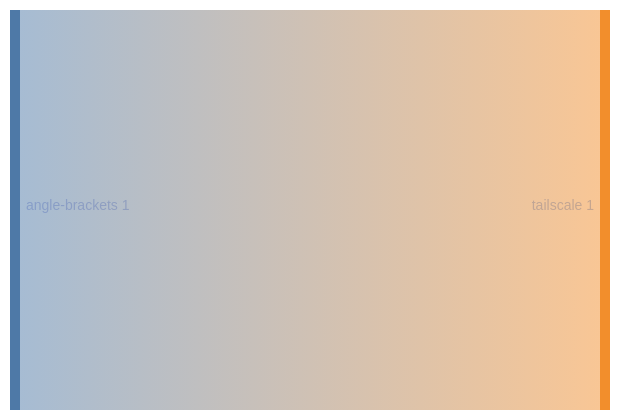
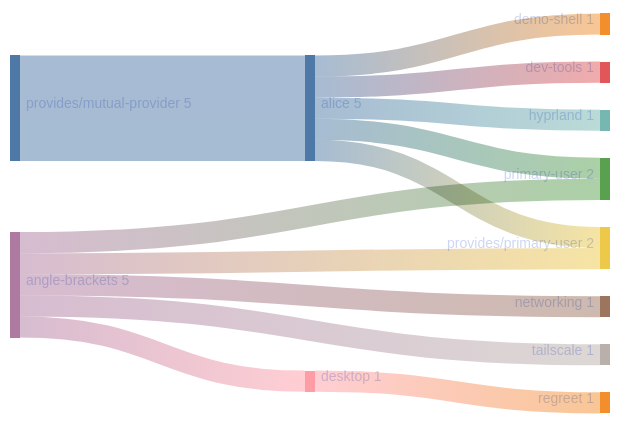
Before and after one commit to sini/den: the diagram in templates/diag-fx-demo/diagrams/angle-brackets-sankey.md, drawn with Mermaid. The commit also changed 849 other files, not shown here.

Commit message:
chore: update fx diagrams

````diff
--- a/templates/diag-fx-demo/diagrams/angle-brackets-sankey.md
+++ b/templates/diag-fx-demo/diagrams/angle-brackets-sankey.md
@@ -5,6 +5,17 @@
 ```mermaid
 %%{init: {"theme":"base","themeVariables":{"activationBkgColor":"#313244","activationBorderColor":"#6c7086","actorBkg":"#313244","actorBorder":"#a6adc8","actorLineColor":"#a6adc8","actorTextColor":"#cdd6f4","background":"#1e1e2e","classText":"#cdd6f4","clusterBkg":"#313244","clusterBorder":"#6c7086","edgeLabelBackground":"#1e1e2e","labelBoxBkgColor":"#313244","labelBoxBorderColor":"#a6adc8","labelTextColor":"#cdd6f4","lineColor":"#a6adc8","loopTextColor":"#cdd6f4","mainBkg":"#313244","nodeBkg":"#313244","nodeBorder":"#a6adc8","nodeTextColor":"#cdd6f4","noteBkgColor":"#313244","noteBorderColor":"#6c7086","noteTextColor":"#cdd6f4","pie1":"#f38ba8","pie2":"#fab387","pie3":"#f9e2af","pie4":"#a6e3a1","pie5":"#94e2d5","pie6":"#89b4fa","pie7":"#cba6f7","pie8":"#f2cdcd","pieLegendTextColor":"#cdd6f4","pieOuterStrokeColor":"#6c7086","pieSectionTextColor":"#cdd6f4","pieStrokeColor":"#6c7086","pieTitleTextColor":"#cdd6f4","primaryBorderColor":"#a6adc8","primaryColor":"#313244","primaryTextColor":"#cdd6f4","secondBkg":"#313244","secondaryBorderColor":"#6c7086","secondaryColor":"#313244","secondaryTextColor":"#cdd6f4","sequenceNumberColor":"#1e1e2e","signalColor":"#a6adc8","signalTextColor":"#cdd6f4","tertiaryBorderColor":"#6c7086","tertiaryColor":"#313244","tertiaryTextColor":"#cdd6f4","textColor":"#cdd6f4","titleColor":"#cdd6f4"}}}%%
 sankey-beta
 
+"alice","demo-shell",1
+"alice","dev-tools",1
+"alice","hyprland",1
+"alice","primary-user",1
+"alice","provides/primary-user",1
+"angle-brackets","desktop",1
+"angle-brackets","networking",1
+"angle-brackets","primary-user",1
+"angle-brackets","provides/primary-user",1
 "angle-brackets","tailscale",1
+"provides/mutual-provider","alice",5
+"desktop","regreet",1
 ```
````
